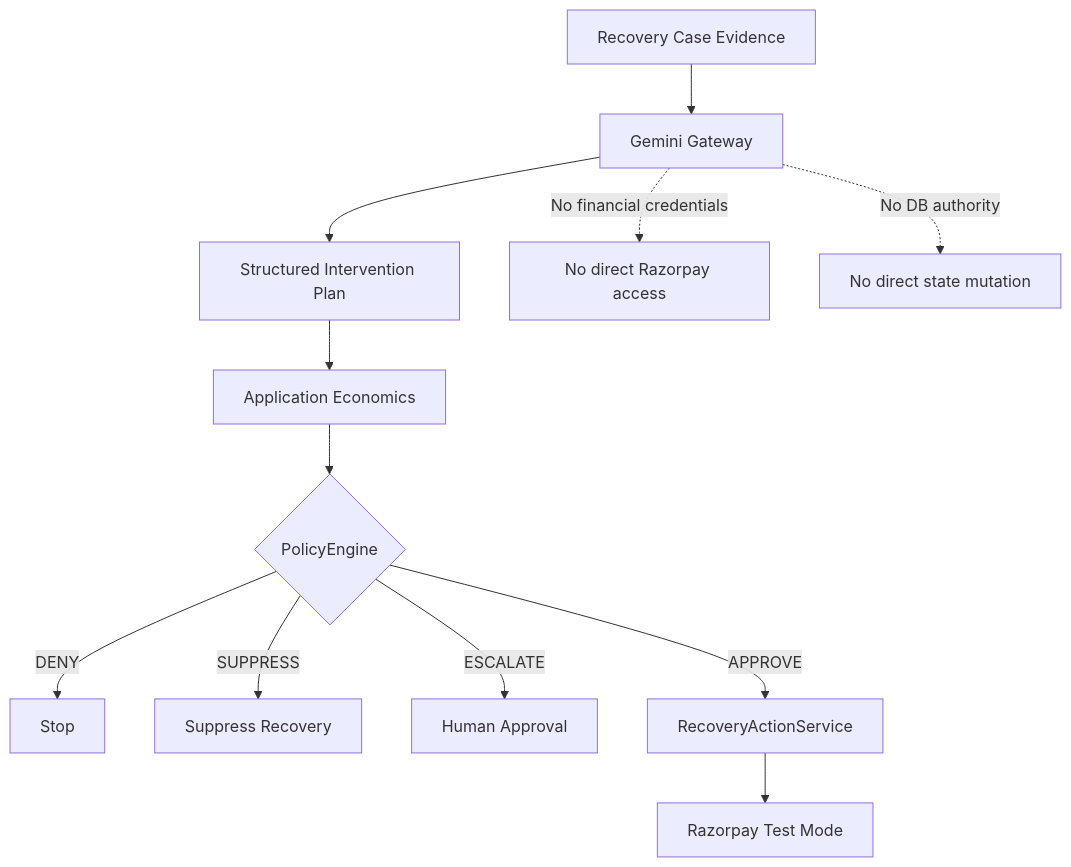
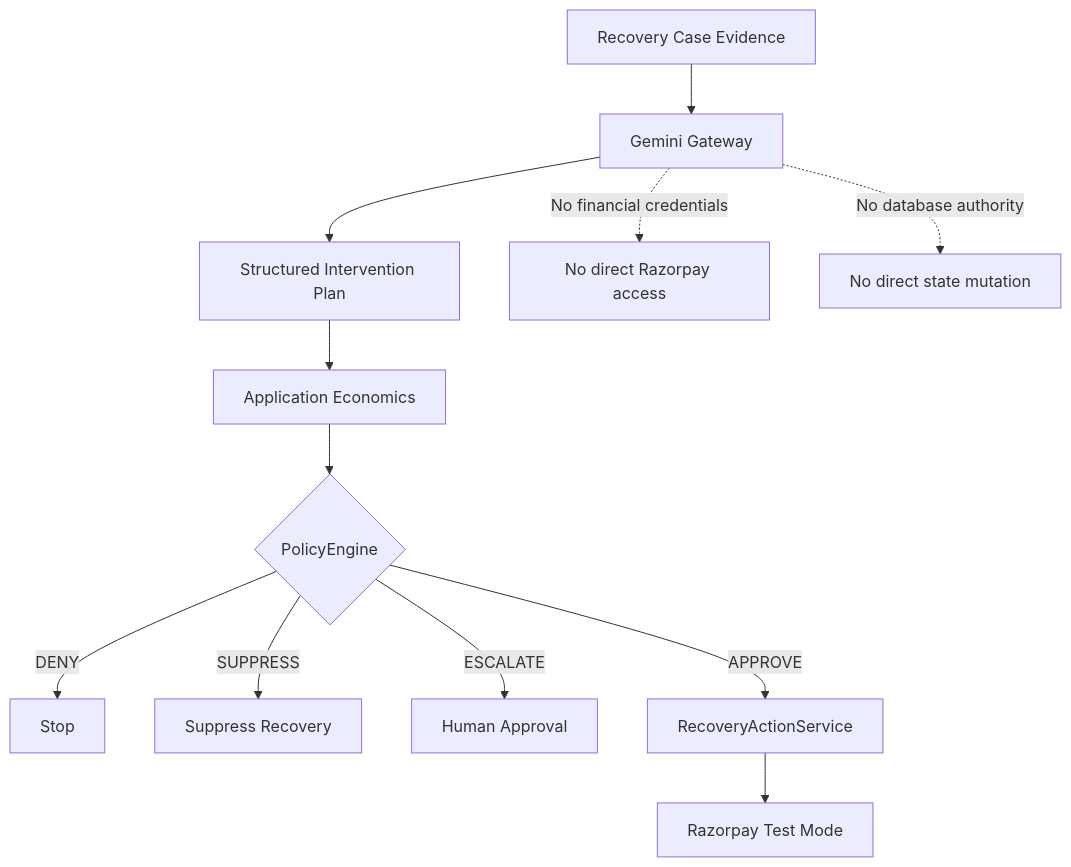
One commit to manas0615/RecoverAI changed the second of 6 diagrams in README.md. Above: the diagram before and after it, drawn with Mermaid. The commit also changed other lines of this file, not shown here.

````diff
--- a/README.md
+++ b/README.md
@@ -105,18 +117,18 @@
 ```mermaid
 flowchart TD
     A[Recovery Case Evidence] --> B[Gemini Gateway]
     B --> C[Structured Intervention Plan]
 
     C --> D[Application Economics]
     D --> E{PolicyEngine}
 
     E -->|DENY| F[Stop]
     E -->|SUPPRESS| G[Suppress Recovery]
     E -->|ESCALATE| H[Human Approval]
     E -->|APPROVE| I[RecoveryActionService]
 
     I --> J[Razorpay Test Mode]
 
-    B -. No financial credentials .-> X[No direct Razorpay access]
-    B -. No DB authority .-> Y[No direct state mutation]
+    B -. "No financial credentials" .-> X[No direct Razorpay access]
+    B -. "No database authority" .-> Y[No direct state mutation]
 ```
````
